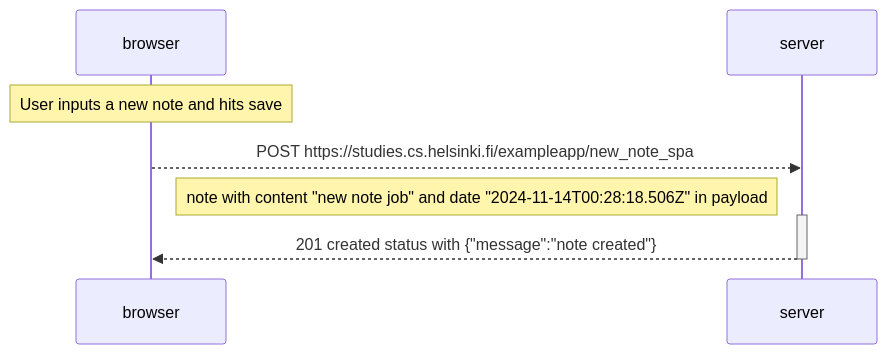
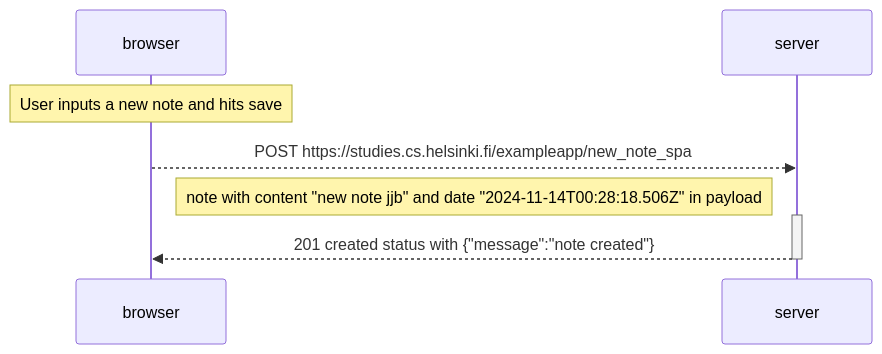
Before and after one commit to jagordon97/fullstackopen: the diagram in part0/0.6.md, drawn with Mermaid.

````diff
--- a/part0/0.6.md
+++ b/part0/0.6.md
@@ -1,12 +1,12 @@
 ```mermaid
 sequenceDiagram
     participant browser
     participant server
 
     Note over browser: User inputs a new note and hits save
     browser-->>server: POST https://studies.cs.helsinki.fi/exampleapp/new_note_spa
-    Note right of browser: note with content "new note job" and date "2024-11-14T00:28:18.506Z" in payload
+    Note right of browser: note with content "new note jjb" and date "2024-11-14T00:28:18.506Z" in payload
     activate server
     server-->>browser:  201 created status with {"message":"note created"}
     deactivate server
 ```
````
